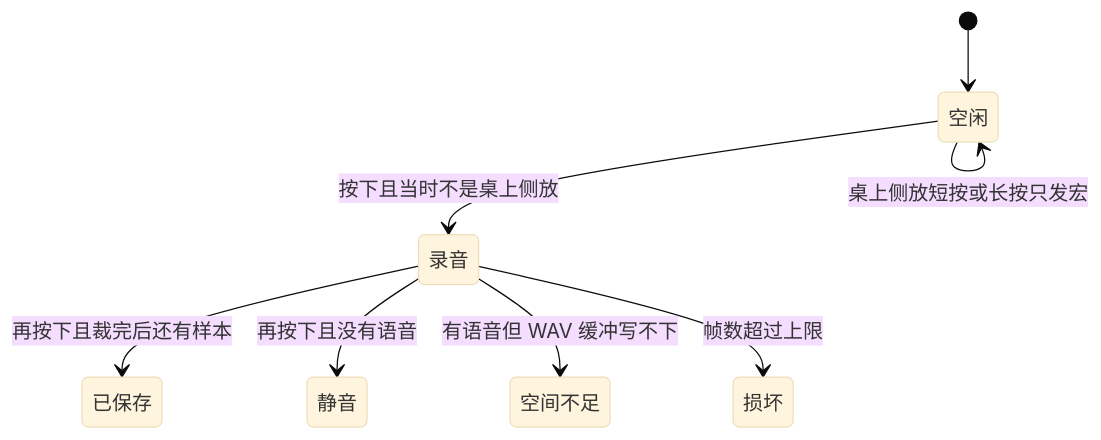
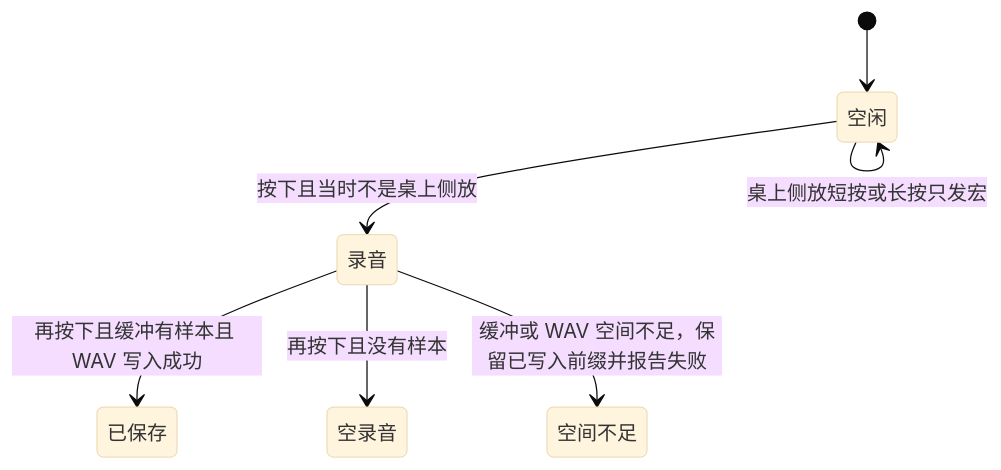
The third of 3 diagrams in docs/02-方案设计说明.md (Yanagi42/pomo-memo-key), drawn with Mermaid (base theme) before and after one commit. The commit also changed other lines of this file and 116 other files, not shown here.

````diff
--- a/docs/02-方案设计说明.md
+++ b/docs/02-方案设计说明.md
@@ -100,10 +119,9 @@
 ```mermaid
 stateDiagram-v2
   [*] --> 空闲
   空闲 --> 录音: 按下且当时不是桌上侧放
   空闲 --> 空闲: 桌上侧放短按或长按只发宏
-  录音 --> 已保存: 再按下且裁完后还有样本
-  录音 --> 静音: 再按下且没有语音
-  录音 --> 空间不足: 有语音但 WAV 缓冲写不下
-  录音 --> 损坏: 帧数超过上限
+  录音 --> 已保存: 再按下且缓冲有样本且 WAV 写入成功
+  录音 --> 空录音: 再按下且没有样本
+  录音 --> 空间不足: 缓冲或 WAV 空间不足，保留已写入前缀并报告失败
 ```
````
